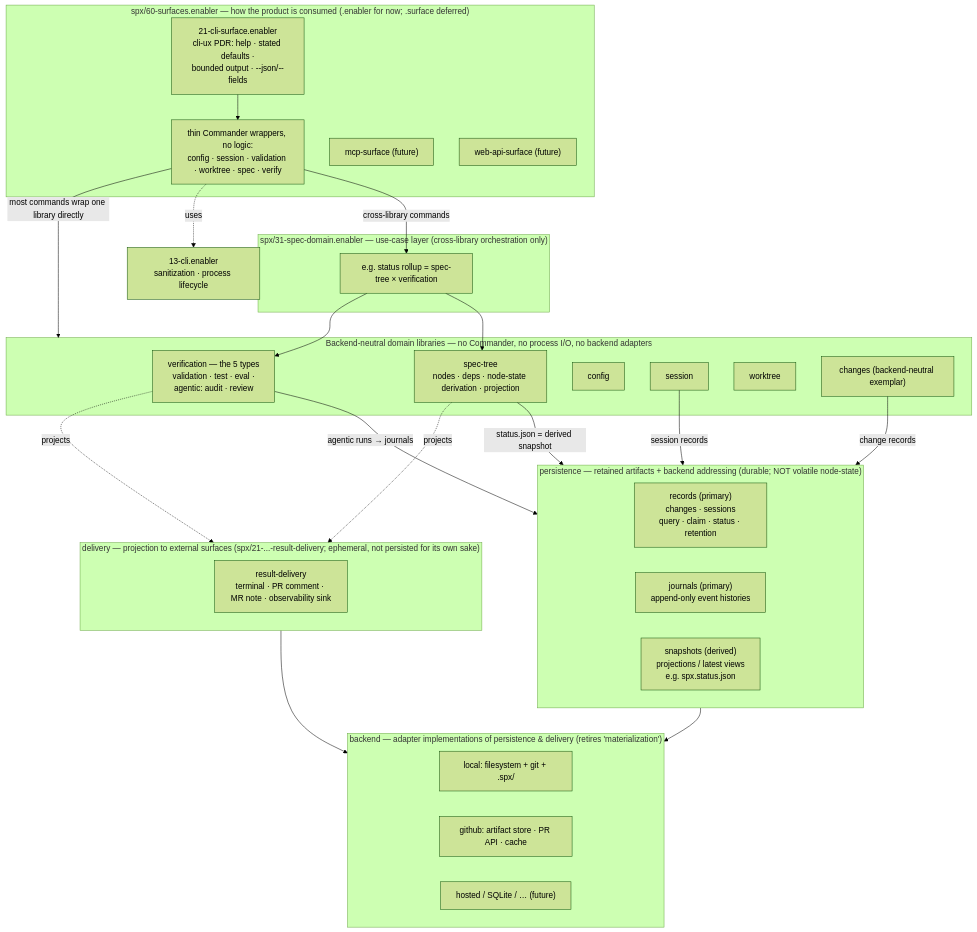
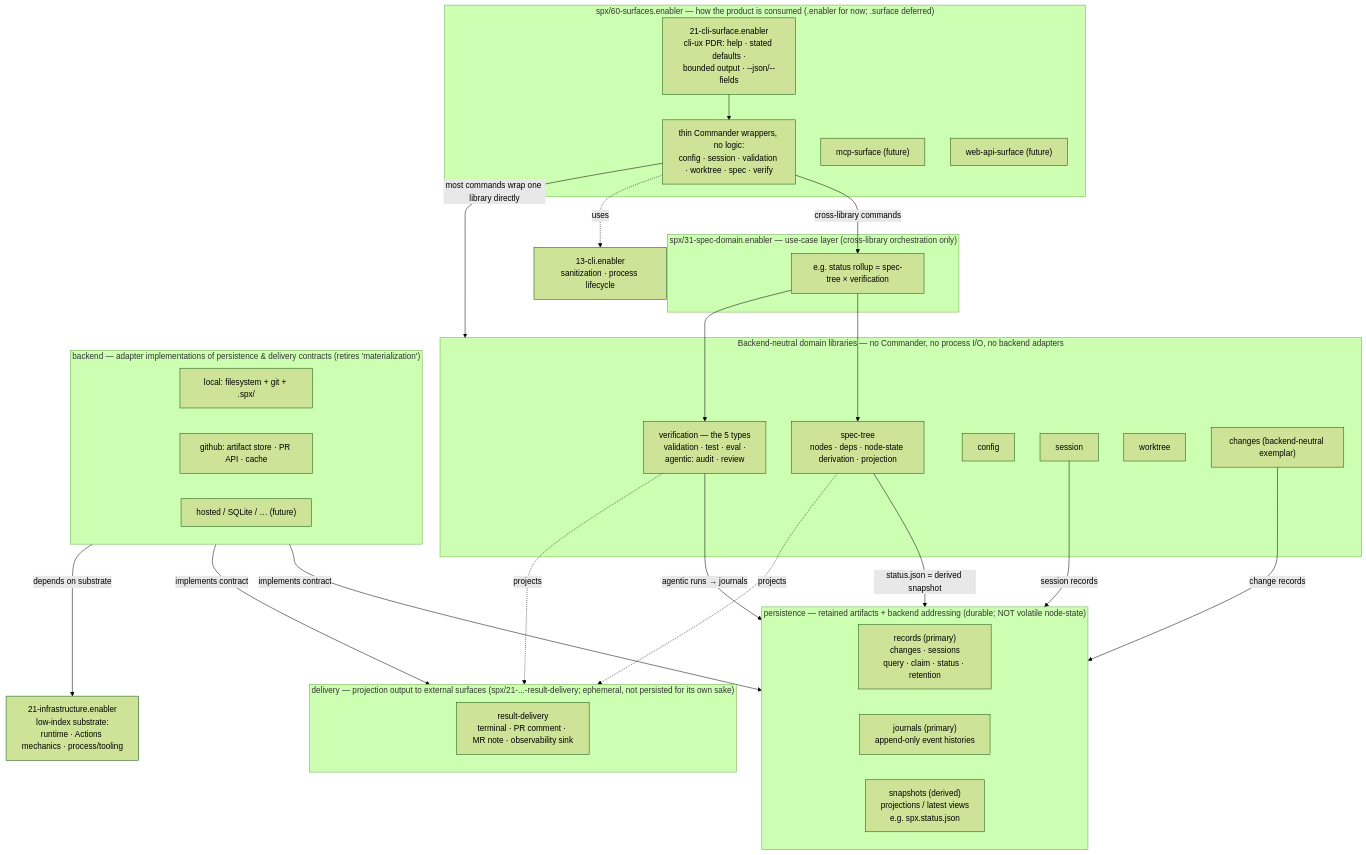
The first of 2 diagrams in spx/PLAN.md (outcomeeng/spx), drawn with Mermaid (forest theme) before and after one commit. The commit also changed other lines of this file and 3 other files, not shown here.

First line of the commit message:
docs(spec-tree): sharpen backend/infra ownership in restructuring plan

````diff
--- a/spx/PLAN.md
+++ b/spx/PLAN.md
@@ -17,59 +17,61 @@
 ```mermaid
 flowchart TB
   subgraph Surfaces["spx/60-surfaces.enabler — how the product is consumed (.enabler for now; .surface deferred)"]
     CLIsurface["21-cli-surface.enabler<br/>cli-ux PDR: help · stated defaults ·<br/>bounded output · --json/--fields"]
     CLIwrap["thin Commander wrappers, no logic:<br/>config · session · validation · worktree · spec · verify"]
     MCP["mcp-surface (future)"]
     WEB["web-api-surface (future)"]
     CLIsurface --> CLIwrap
   end
 
   subgraph UseCase["spx/31-spec-domain.enabler — use-case layer (cross-library orchestration only)"]
     App["e.g. status rollup = spec-tree × verification"]
   end
 
   subgraph Libraries["Backend-neutral domain libraries — no Commander, no process I/O, no backend adapters"]
     ST["spec-tree<br/>nodes · deps · node-state derivation · projection"]
     VER["verification — the 5 types<br/>validation · test · eval ·<br/>agentic: audit · review"]
     CFG["config"]
     SES["session"]
     WT["worktree"]
     CHG["changes (backend-neutral exemplar)"]
   end
 
   subgraph Persistence["persistence — retained artifacts + backend addressing (durable; NOT volatile node-state)"]
     REC["records (primary)<br/>changes · sessions<br/>query · claim · status · retention"]
     JRN["journals (primary)<br/>append-only event histories"]
     SNP["snapshots (derived)<br/>projections / latest views<br/>e.g. spx.status.json"]
   end
 
-  subgraph DeliveryLayer["delivery — projection to external surfaces (spx/21-...-result-delivery; ephemeral, not persisted for its own sake)"]
+  subgraph DeliveryLayer["delivery — projection output to external surfaces (spx/21-...-result-delivery; ephemeral, not persisted for its own sake)"]
     DLV["result-delivery<br/>terminal · PR comment · MR note · observability sink"]
   end
 
-  subgraph Backend["backend — adapter implementations of persistence & delivery (retires 'materialization')"]
+  subgraph Backend["backend — adapter implementations of persistence & delivery contracts (retires 'materialization')"]
     LOC["local: filesystem + git + .spx/"]
     GHB["github: artifact store · PR API · cache"]
     FUT["hosted / SQLite / … (future)"]
   end
 
   MECH["13-cli.enabler<br/>sanitization · process lifecycle"]
+  INFRA["21-infrastructure.enabler<br/>low-index substrate:<br/>runtime · Actions mechanics · process/tooling"]
 
   CLIwrap -->|"cross-library commands"| App
   CLIwrap -->|"most commands wrap one library directly"| Libraries
   CLIwrap -.uses.-> MECH
 
   App --> ST
   App --> VER
 
   ST -->|"status.json = derived snapshot"| Persistence
   VER -->|"agentic runs → journals"| Persistence
   SES -->|"session records"| Persistence
   CHG -->|"change records"| Persistence
 
   ST -.projects.-> DeliveryLayer
   VER -.projects.-> DeliveryLayer
 
-  Persistence --> Backend
-  DeliveryLayer --> Backend
+  Backend -->|"implements contract"| Persistence
+  Backend -->|"implements contract"| DeliveryLayer
+  Backend -->|"depends on substrate"| INFRA
 ```
````
